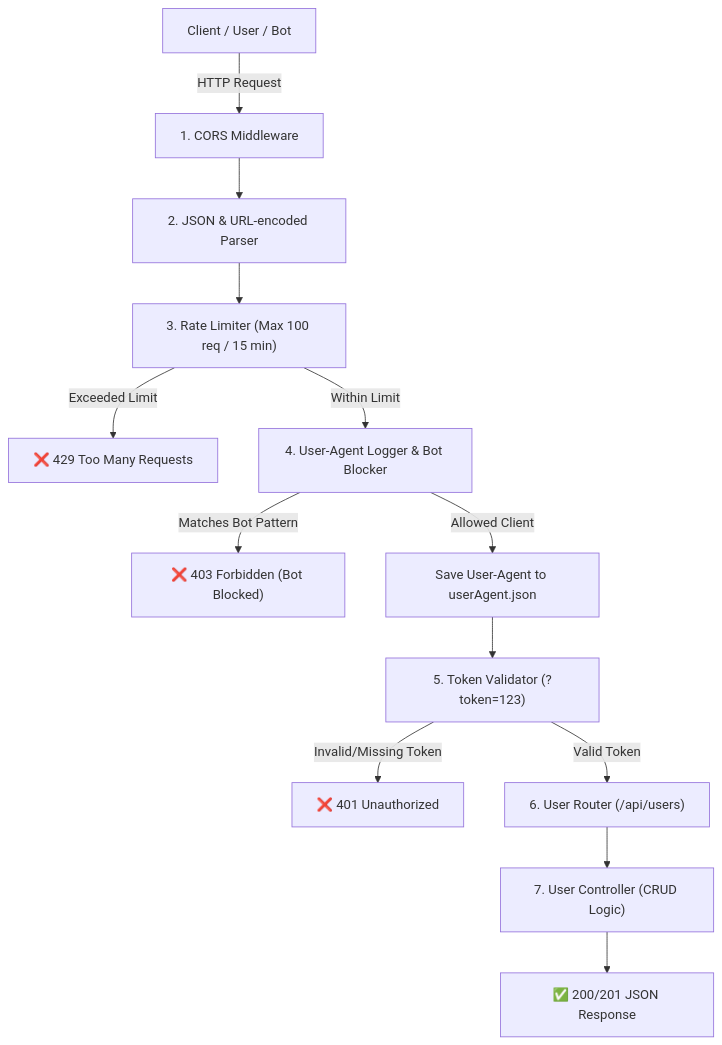
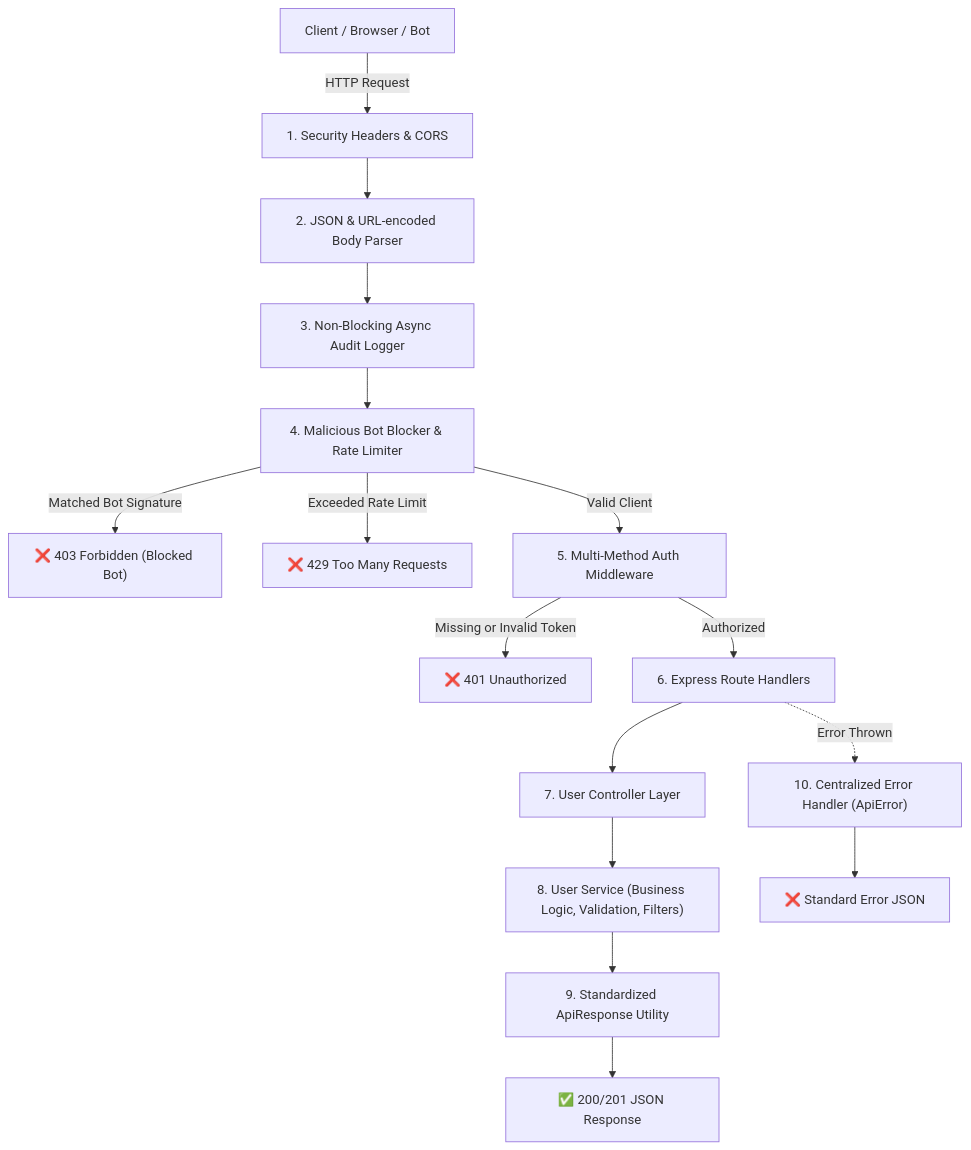
The diagram in README.md (aftabfarhanarko/API-Core-Part-2), drawn with Mermaid before and after one commit. The commit also changed other lines of this file and 20 other files, not shown here.

First line of the commit message:
feat: upgrade to enterprise-grade architecture, interactive studio & security suite

````diff
--- a/README.md
+++ b/README.md
@@ -88,19 +98,23 @@
 ```mermaid
 flowchart TD
-    Client["Client / User / Bot"] -->|"HTTP Request"| CORS["1. CORS Middleware"]
-    CORS --> Parser["2. JSON & URL-encoded Parser"]
-    Parser --> RateLimit["3. Rate Limiter (Max 100 req / 15 min)"]
-
-    RateLimit -->|Exceeded Limit| Resp429["❌ 429 Too Many Requests"]
-    RateLimit -->|Within Limit| UALogger["4. User-Agent Logger & Bot Blocker"]
-
-    UALogger -->|Matches Bot Pattern| Resp403["❌ 403 Forbidden (Bot Blocked)"]
-    UALogger -->|Allowed Client| SaveLog["Save User-Agent to userAgent.json"]
-    SaveLog --> TokenAuth["5. Token Validator (?token=123)"]
-
-    TokenAuth -->|Invalid/Missing Token| Resp401["❌ 401 Unauthorized"]
-    TokenAuth -->|Valid Token| Router["6. User Router (/api/users)"]
-
-    Router --> Controller["7. User Controller (CRUD Logic)"]
-    Controller --> Resp200["✅ 200/201 JSON Response"]
+    Client["Client / Browser / Bot"] -->|"HTTP Request"| Security["1. Security Headers & CORS"]
+    Security --> BodyParser["2. JSON & URL-encoded Body Parser"]
+    BodyParser --> Audit["3. Non-Blocking Async Audit Logger"]
+    
+    Audit --> Firewall["4. Malicious Bot Blocker & Rate Limiter"]
+    Firewall -->|Matched Bot Signature| Resp403["❌ 403 Forbidden (Blocked Bot)"]
+    Firewall -->|Exceeded Rate Limit| Resp429["❌ 429 Too Many Requests"]
+    
+    Firewall -->|Valid Client| Auth["5. Multi-Method Auth Middleware"]
+    Auth -->|Missing or Invalid Token| Resp401["❌ 401 Unauthorized"]
+    
+    Auth -->|Authorized| Router["6. Express Route Handlers"]
+    Router --> Controller["7. User Controller Layer"]
+    Controller --> Service["8. User Service (Business Logic, Validation, Filters)"]
+    
+    Service --> Response["9. Standardized ApiResponse Utility"]
+    Response --> Resp200["✅ 200/201 JSON Response"]
+    
+    Router -.->|Error Thrown| ErrorHandler["10. Centralized Error Handler (ApiError)"]
+    ErrorHandler --> ErrResp["❌ Standard Error JSON"]
 ```
````
